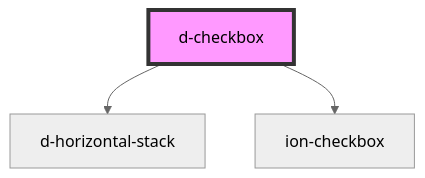
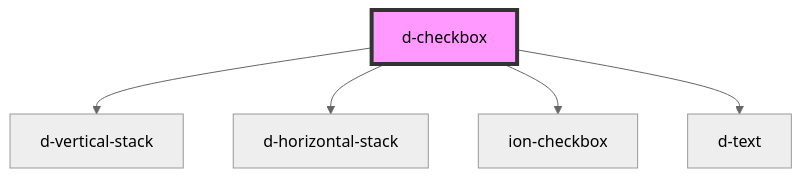
One commit to ForkbombEu/didroom-components changed the diagram in src/components/checkbox/readme.md. Above: the diagram before and after it, drawn with Mermaid (neutral theme). The commit also changed other lines of this file and 4 other files, not shown here.

Commit message:
fix: add error text to checkbox

````diff
--- a/src/components/checkbox/readme.md
+++ b/src/components/checkbox/readme.md
@@ -30,6 +33,8 @@
 ```mermaid
 graph TD;
+  d-checkbox --> d-vertical-stack
   d-checkbox --> d-horizontal-stack
   d-checkbox --> ion-checkbox
+  d-checkbox --> d-text
   style d-checkbox fill:#f9f,stroke:#333,stroke-width:4px
 ```
````
